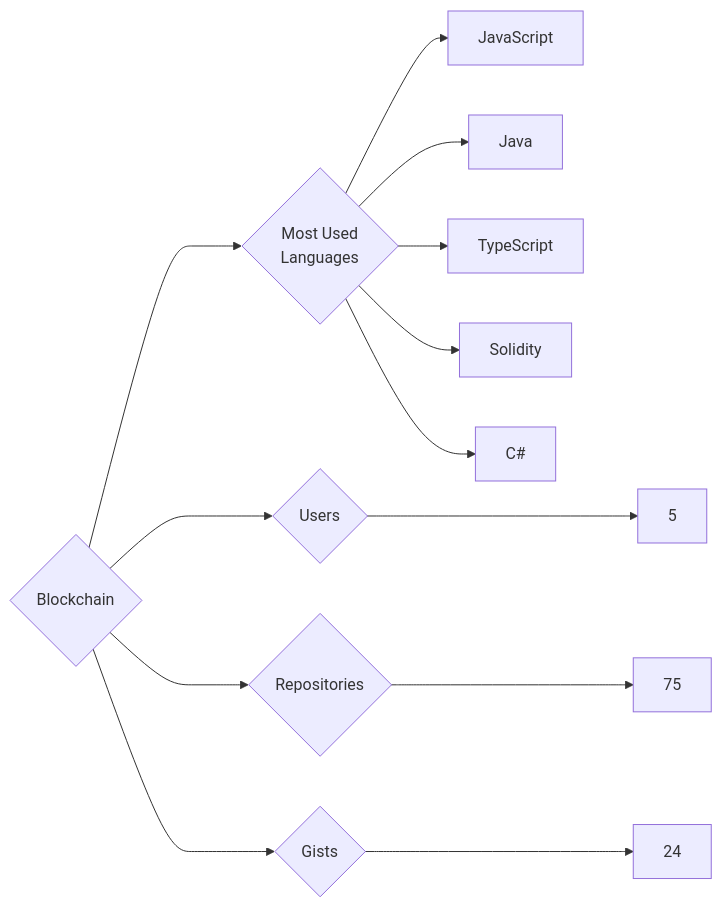
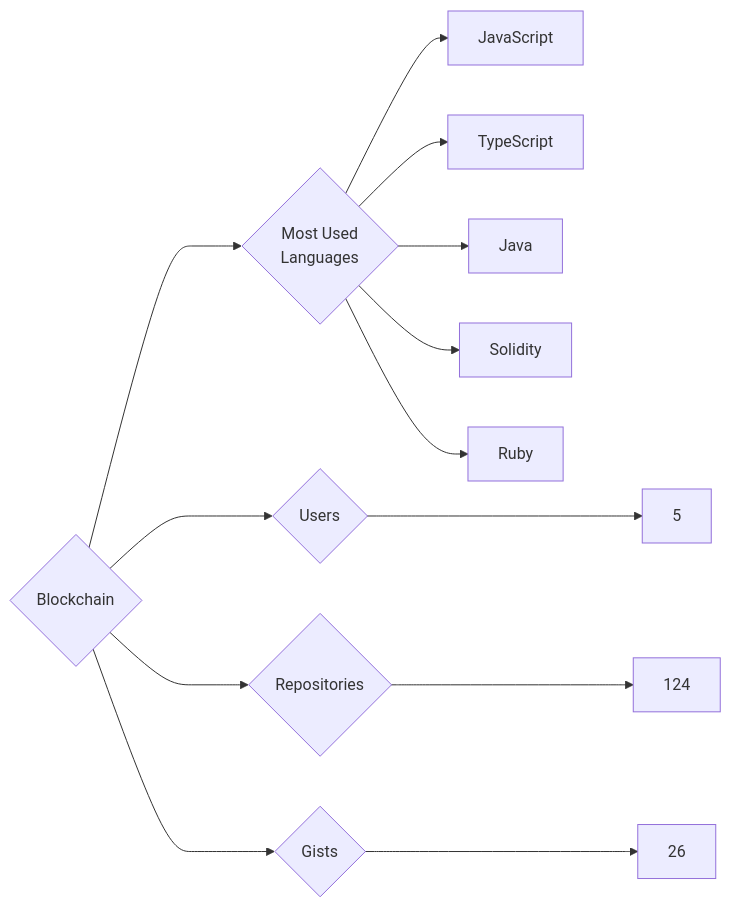
The diagram in targets/Blockchain/README.md (trickest/insiders), drawn with Mermaid before and after one commit. The commit also changed 1092 other files, not shown here.

````diff
--- a/targets/Blockchain/README.md
+++ b/targets/Blockchain/README.md
@@ -3,13 +3,13 @@
 ```mermaid
 graph LR
 COMPANY_NAME{Blockchain}
 COMPANY_NAME ---> U{Users} ---> UN[5]
-COMPANY_NAME ---> R{Repositories} ---> RN[75]
-COMPANY_NAME ---> G{Gists} ---> GN[24]
+COMPANY_NAME ---> R{Repositories} ---> RN[124]
+COMPANY_NAME ---> G{Gists} ---> GN[26]
 COMPANY_NAME ---> ML{Most Used<br>Languages}
 ML --> JavaScript[JavaScript]
+ML --> TypeScript[TypeScript]
 ML --> Java[Java]
-ML --> TypeScript[TypeScript]
 ML --> Solidity[Solidity]
-ML --> C#[C#]
+ML --> Ruby[Ruby]
 ```
````
